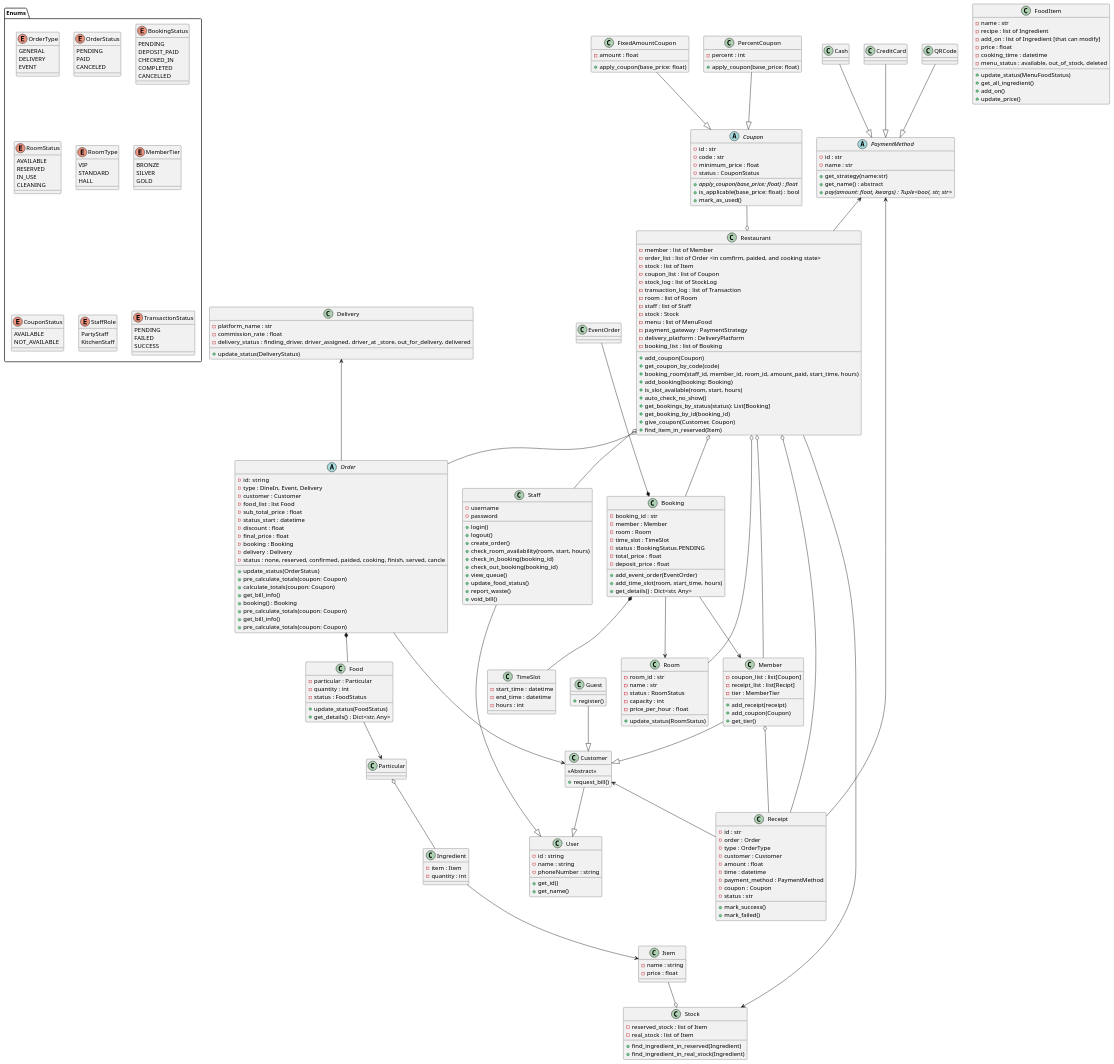
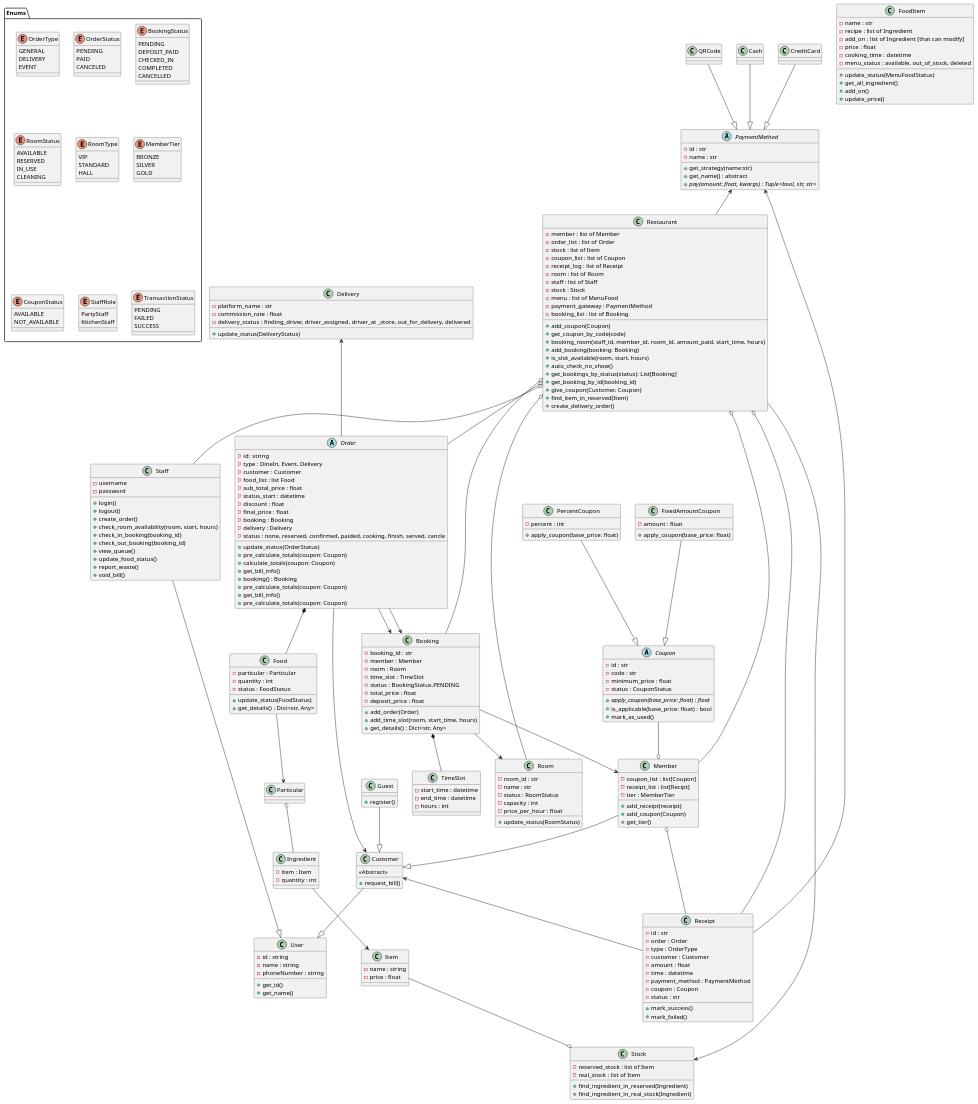
Before and after one commit to twrrippy/knight-chicken-oop: the diagram in shared/doc/class_diagram.puml, drawn with PlantUML.

Commit message:
Refactor class diagram: update order_list and payment_gateway attributes, add create_delivery_order method, and modify relationships between Order, Booking, and Coupon

```diff
--- a/shared/doc/class_diagram.puml
+++ b/shared/doc/class_diagram.puml
@@ -2,17 +2,15 @@
 
 class Restaurant{
     - member : list of Member
-    - order_list : list of Order <in comfirm, paided, and cooking state>
+    - order_list : list of Order
     - stock : list of Item
     - coupon_list : list of Coupon
-    - stock_log : list of StockLog
-    - transaction_log : list of Transaction
+    - receipt_log : list of Receipt
     - room : list of Room
     - staff : list of Staff
     - stock : Stock
     - menu : list of MenuFood
-    - payment_gateway : PaymentStrategy
-    - delivery_platform : DeliveryPlatform
+    - payment_gateway : PaymentMethod
     - booking_list : list of Booking
     + add_coupon(Coupon)
     + get_coupon_by_code(code)
@@ -24,6 +22,7 @@
     + get_booking_by_id(booking_id)
     + give_coupon(Customer, Coupon)
     + find_item_in_reserved(Item)
+    + create_delivery_order()
 }
 Customer --|> User
 Staff --|> User
@@ -71,6 +70,7 @@
 
 Restaurant o-- Order
 Order *-- Food
+Order --> Booking
 Order --> Customer
 Food --> Particular
 Particular o-- Ingredient
@@ -137,9 +137,9 @@
 
 FixedAmountCoupon --|> Coupon
 PercentCoupon --|> Coupon
-EventOrder --* Booking
+Order --> Booking
 
-Coupon --o Restaurant
+Coupon --o Member
 
 class Room{
     - room_id : str
@@ -162,7 +162,7 @@
     - status : BookingStatus.PENDING
     - total_price : float
     - deposit_price : float
-    + add_event_order(EventOrder)
+    + add_order(Order)
     + add_time_slot(room, start_time, hours)
     + get_details() : Dict<str, Any>
 }
```
